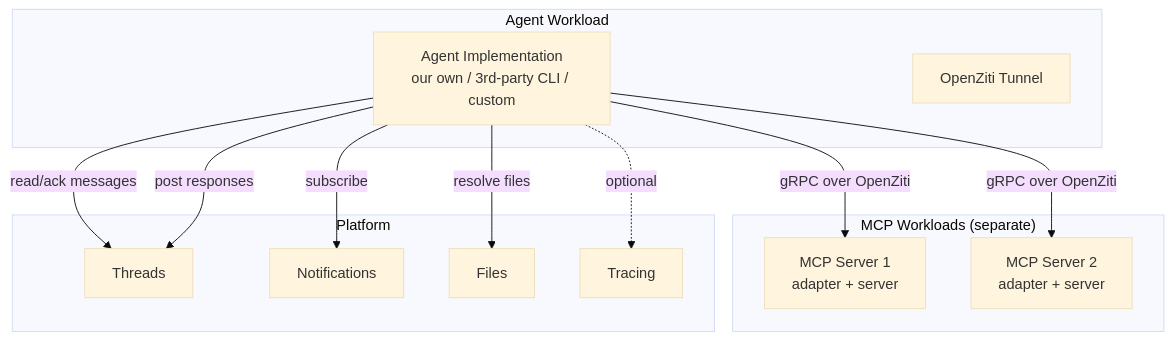
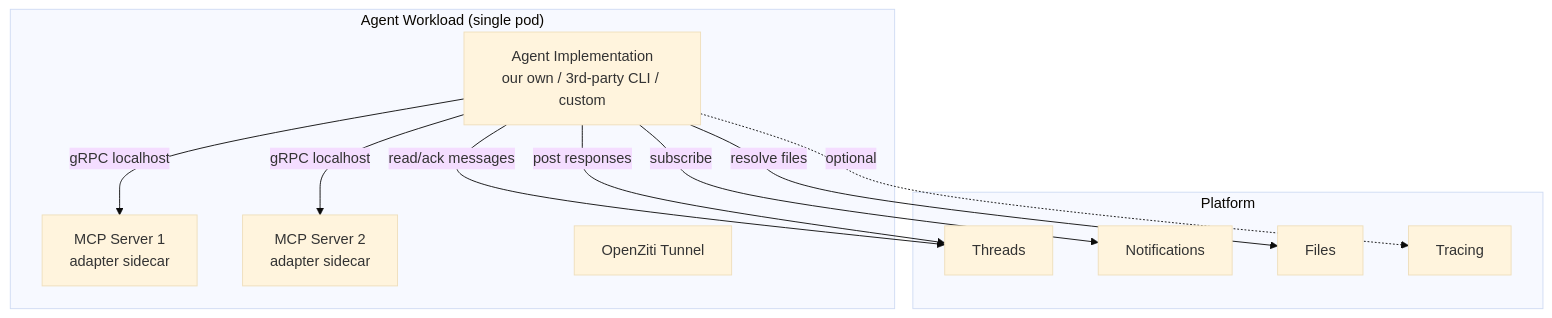
The first of 4 diagrams in architecture/agent/overview.md (agynio/architecture), drawn with Mermaid (base theme) before and after one commit. The commit also changed other lines of this file and 11 other files, not shown here.

First line of the commit message:
MCP servers as sidecars, identity scoped to agentId+threadId

````diff
--- a/architecture/agent/overview.md
+++ b/architecture/agent/overview.md
@@ -13,27 +13,24 @@
 ```mermaid
 graph TB
-    subgraph "Agent Workload"
+    subgraph "Agent Workload (single pod)"
         Impl[Agent Implementation<br/>our own / 3rd-party CLI / custom]
+        MCP1[MCP Server 1<br/>adapter sidecar]
+        MCP2[MCP Server 2<br/>adapter sidecar]
         Ziti[OpenZiti Tunnel]
-    end
-
-    subgraph "MCP Workloads (separate)"
-        MCP1[MCP Server 1<br/>adapter + server]
-        MCP2[MCP Server 2<br/>adapter + server]
+        Impl -->|gRPC localhost| MCP1
+        Impl -->|gRPC localhost| MCP2
     end
 
     subgraph Platform
         Threads
         Notifications
         Files
         Tracing
     end
 
-    Impl -->|gRPC over OpenZiti| MCP1
-    Impl -->|gRPC over OpenZiti| MCP2
     Impl -->|read/ack messages| Threads
     Impl -->|post responses| Threads
     Impl -->|resolve files| Files
     Impl -->|subscribe| Notifications
     Impl -.->|optional| Tracing
 ```
````
